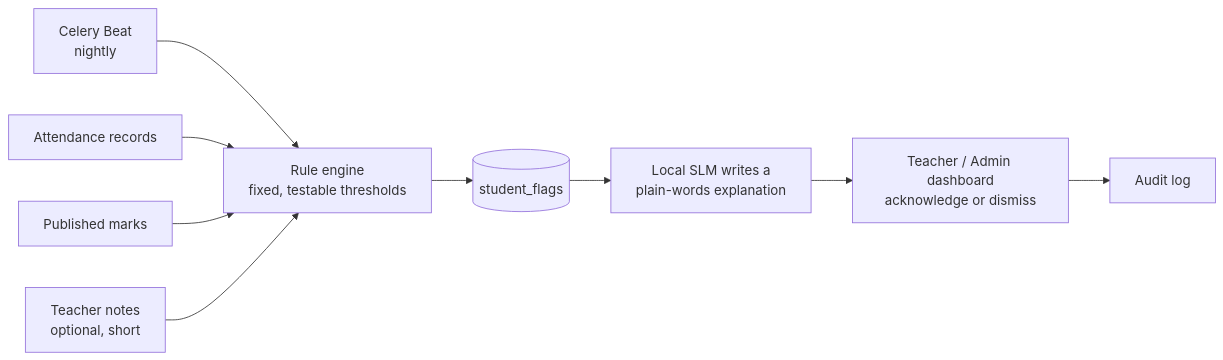
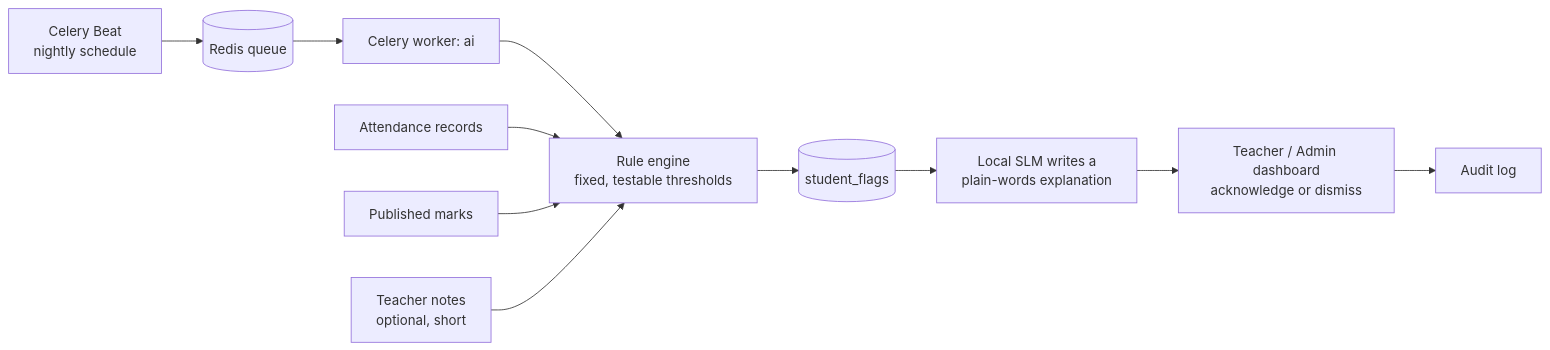
Diagram 11 of 16 in README.md (bharatkumarhbg2109-alt/School-LMS-Monitoring-Dashboard), drawn with Mermaid before and after one commit. The commit also changed other lines of this file, not shown here.

Commit message:
Fix diagrams and add AI/ML capability map

````diff
--- a/README.md
+++ b/README.md
@@ -417,11 +441,13 @@
 ```mermaid
 flowchart LR
-    BEAT["Celery Beat<br/>nightly"] --> RE
+    BEAT["Celery Beat<br/>nightly schedule"] --> Q[("Redis queue")]
+    Q --> WK["Celery worker: ai"]
+    WK --> RE
     ATT["Attendance records"] --> RE
     MRK["Published marks"] --> RE
     NOTE["Teacher notes<br/>optional, short"] --> RE
     RE["Rule engine<br/>fixed, testable thresholds"] --> FL[("student_flags")]
     FL --> EXP["Local SLM writes a<br/>plain-words explanation"]
     EXP --> DASH["Teacher / Admin dashboard<br/>acknowledge or dismiss"]
     DASH --> AUD["Audit log"]
 ```
````
